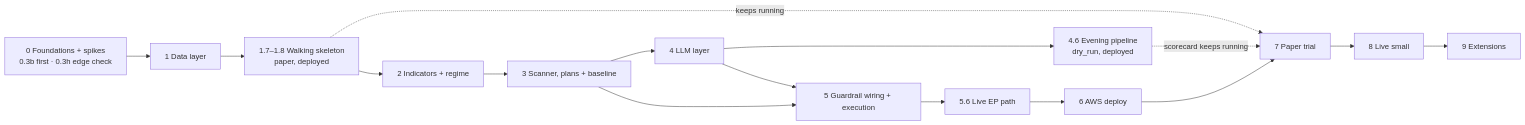
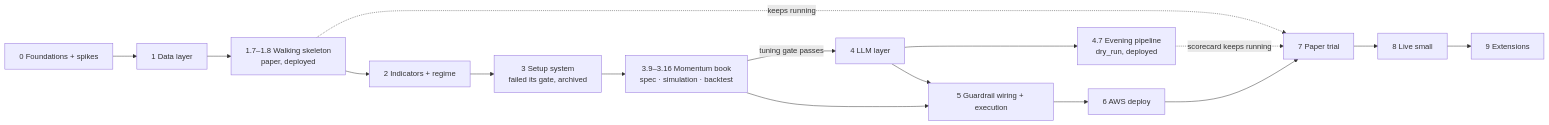
One commit to Dima252/AuraTrade changed the diagram in docs/execution-plan.md. Above: the diagram before and after it, drawn with Mermaid. The commit also changed other lines of this file and 10 other files, not shown here.

First line of the commit message:
Task 3.9: the momentum-book spec (#147-#149)

````diff
--- a/docs/execution-plan.md
+++ b/docs/execution-plan.md
@@ -853,18 +875,18 @@
 ```mermaid
 flowchart LR
-    P0[0 Foundations + spikes<br/>0.3b first · 0.3h edge check] --> P1[1 Data layer]
+    P0[0 Foundations + spikes] --> P1[1 Data layer]
     P1 --> SK[1.7–1.8 Walking skeleton<br/>paper, deployed]
     SK -. keeps running .-> P7
     SK --> P2[2 Indicators + regime]
-    P2 --> P3[3 Scanner, plans + baseline]
-    P3 --> P4[4 LLM layer]
-    P4 --> EV[4.6 Evening pipeline<br/>dry_run, deployed]
+    P2 --> P3[3 Setup system<br/>failed its gate, archived]
+    P3 --> MB[3.9–3.16 Momentum book<br/>spec · simulation · backtest]
+    MB -->|tuning gate passes| P4[4 LLM layer]
+    P4 --> EV[4.7 Evening pipeline<br/>dry_run, deployed]
     EV -. scorecard keeps running .-> P7
-    P3 --> P5[5 Guardrail wiring + execution]
+    MB --> P5[5 Guardrail wiring + execution]
     P4 --> P5
-    P5 --> EPL[5.6 Live EP path]
-    EPL --> P6[6 AWS deploy]
+    P5 --> P6[6 AWS deploy]
     P6 --> P7[7 Paper trial]
     P7 --> P8[8 Live small]
     P8 --> P9[9 Extensions]
 ```
````
